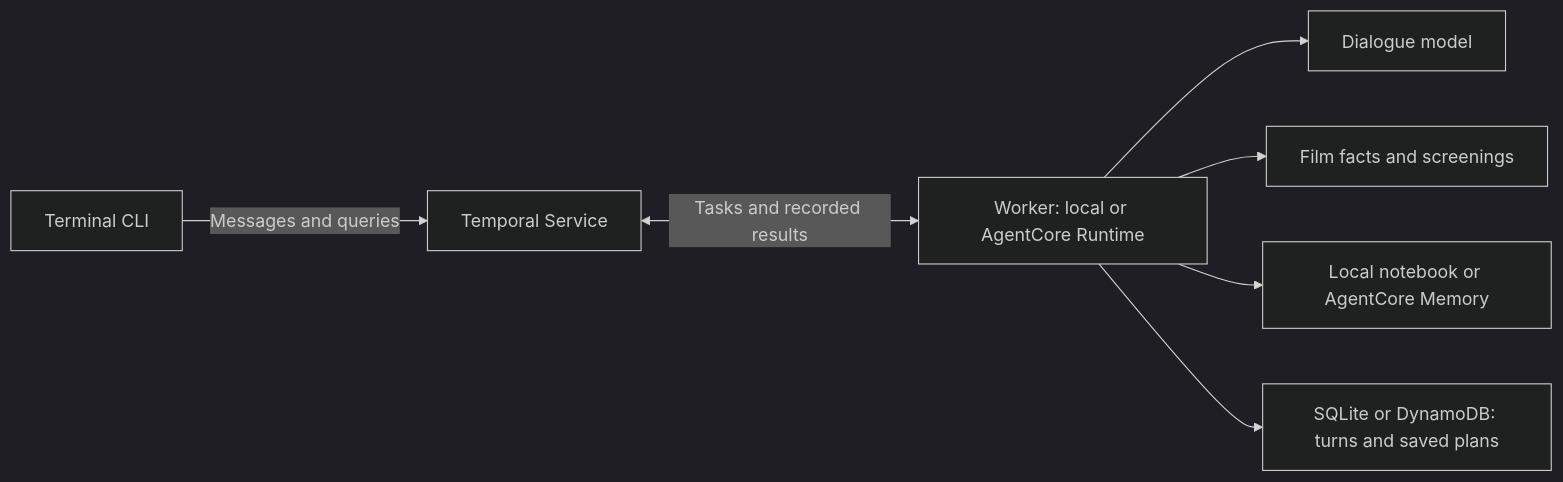
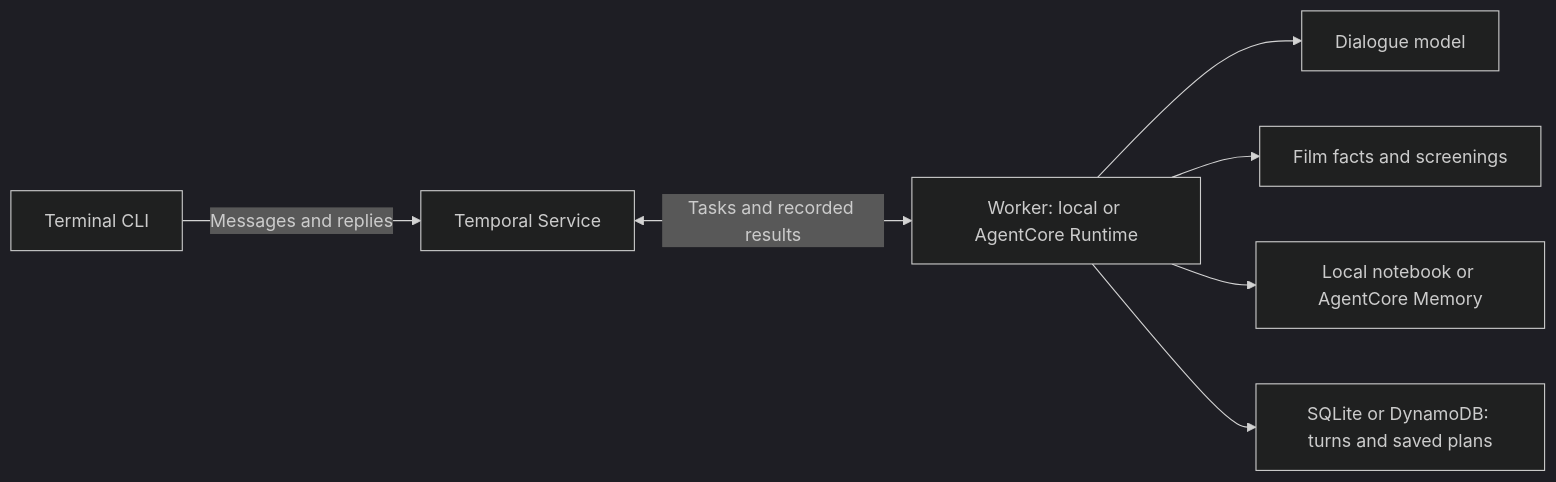
The diagram in README.md (temporal-community/temporal-ai-long-term-memory-agentcore), drawn with Mermaid (dark theme) before and after one commit. The commit also changed other lines of this file and 12 other files, not shown here.

````diff
--- a/README.md
+++ b/README.md
@@ -233,9 +175,9 @@
 ```mermaid
 flowchart LR
-    CLI[Terminal CLI] -->|Messages and queries| T[Temporal Service]
+    CLI[Terminal CLI] -->|Messages and replies| T[Temporal Service]
     T <-->|Tasks and recorded results| W[Worker: local or AgentCore Runtime]
     W --> M[Dialogue model]
     W --> F[Film facts and screenings]
     W --> L[Local notebook or AgentCore Memory]
     W --> D[SQLite or DynamoDB: turns and saved plans]
 ```
````
